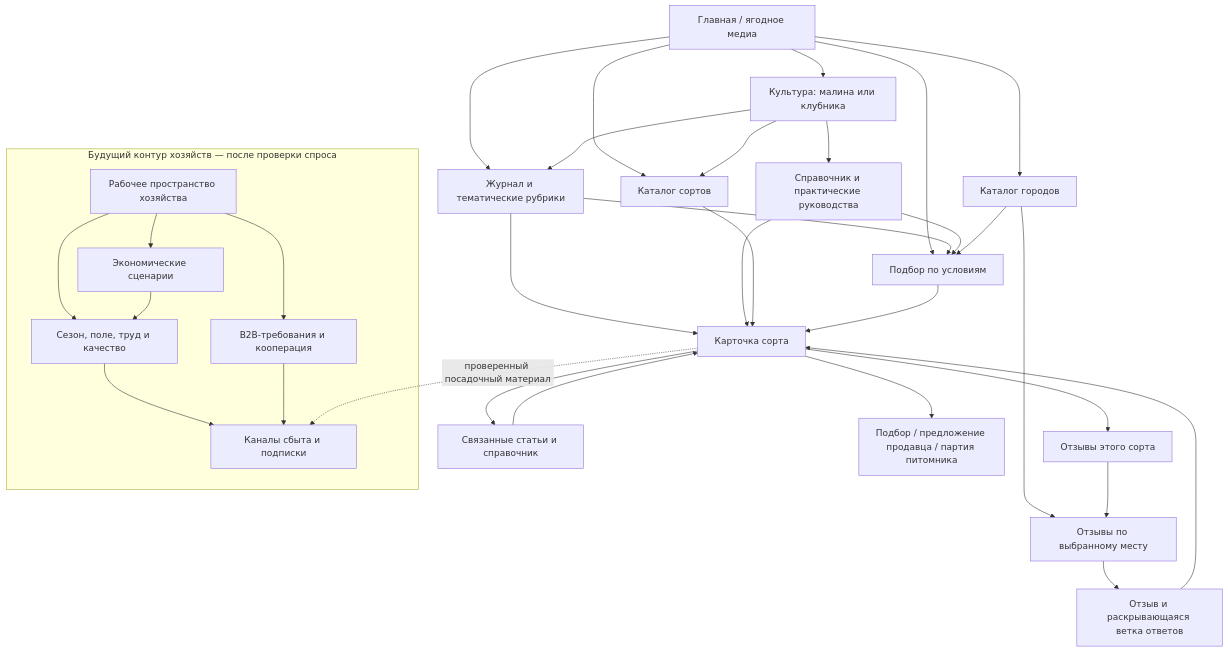
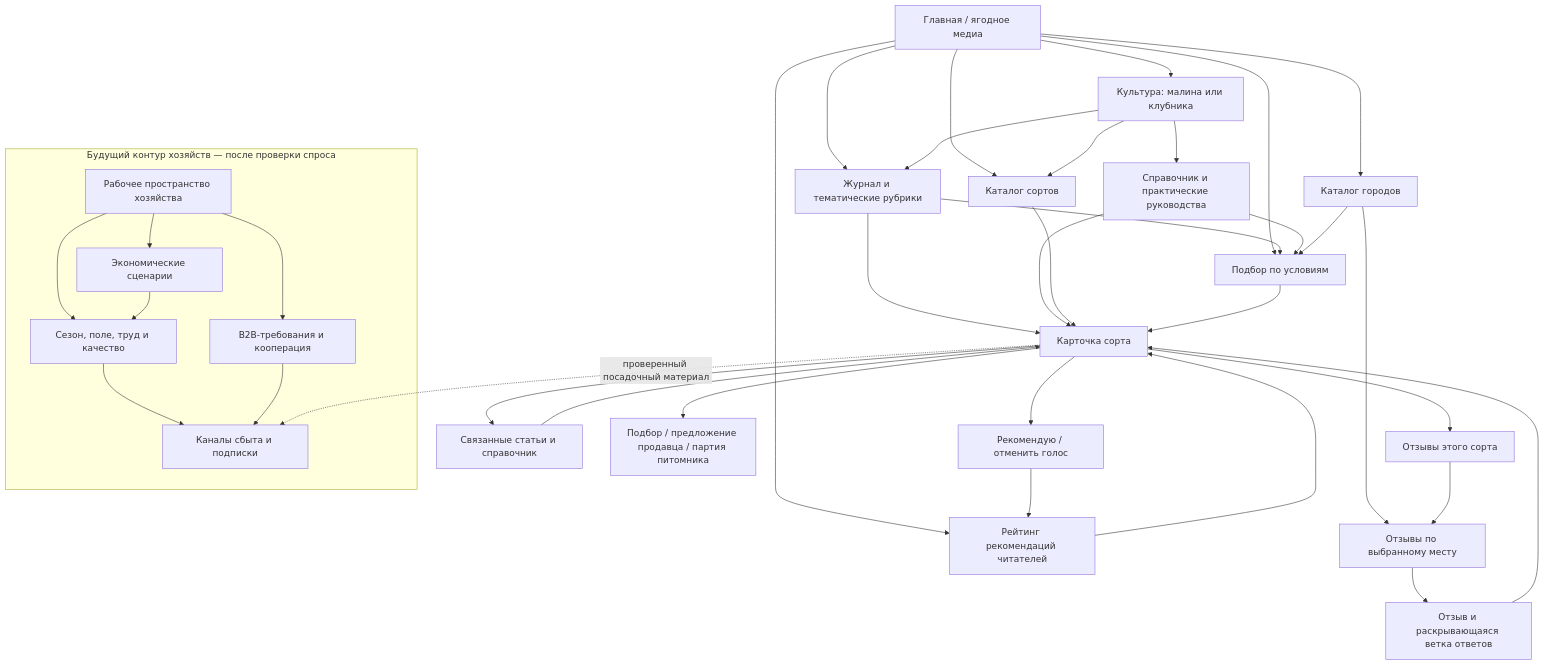
The first of 2 diagrams in docs/INFORMATION_ARCHITECTURE.md (jimbokl/MALINA), drawn with Mermaid before and after one commit. The commit also changed other lines of this file and 46 other files, not shown here.

````diff
--- a/docs/INFORMATION_ARCHITECTURE.md
+++ b/docs/INFORMATION_ARCHITECTURE.md
@@ -16,44 +16,48 @@
 ```mermaid
 flowchart TD
   HOME[Главная / ягодное медиа]
   HOME --> CROP[Культура: малина или клубника]
   HOME --> JOURNAL[Журнал и тематические рубрики]
   HOME --> CATALOG[Каталог сортов]
+  HOME --> RATING[Рейтинг рекомендаций читателей]
   HOME --> PICKER[Подбор по условиям]
   HOME --> CITIES[Каталог городов]
 
   CROP --> CATALOG
   CROP --> JOURNAL
   CROP --> GUIDE[Справочник и практические руководства]
   JOURNAL --> CULTIVAR[Карточка сорта]
   JOURNAL --> PICKER
   GUIDE --> CULTIVAR
   GUIDE --> PICKER
   CATALOG --> CULTIVAR
+  RATING --> CULTIVAR
+  CULTIVAR --> VOTE[Рекомендую / отменить голос]
+  VOTE --> RATING
   PICKER --> CULTIVAR
 
   CITIES --> PICKER
   CITIES --> CITYFEED[Отзывы по выбранному месту]
   CITYFEED --> THREAD[Отзыв и раскрывающаяся ветка ответов]
   THREAD --> CULTIVAR
   CULTIVAR --> REVIEWS[Отзывы этого сорта]
   REVIEWS --> CITYFEED
   CULTIVAR --> RELATED[Связанные статьи и справочник]
   RELATED --> CULTIVAR
   CULTIVAR --> NEXT[Подбор / предложение продавца / партия питомника]
 
   subgraph Future[Будущий контур хозяйств — после проверки спроса]
     FARM[Рабочее пространство хозяйства]
     ECON[Экономические сценарии]
     FIELD[Сезон, поле, труд и качество]
     SALES[B2B-требования и кооперация]
     CHANNELS[Каналы сбыта и подписки]
     FARM --> ECON
     FARM --> FIELD
     FARM --> SALES
     ECON --> FIELD
     FIELD --> CHANNELS
     SALES --> CHANNELS
   end
   CULTIVAR -. проверенный посадочный материал .-> CHANNELS
 ```
````
